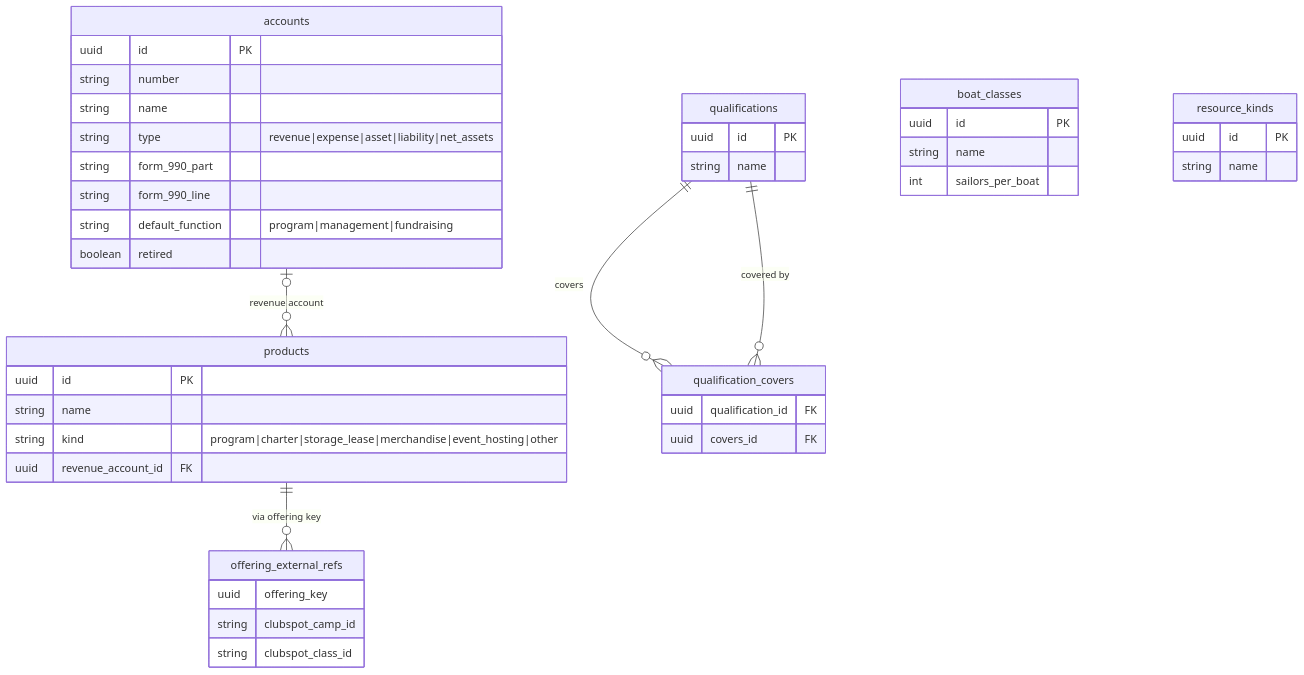
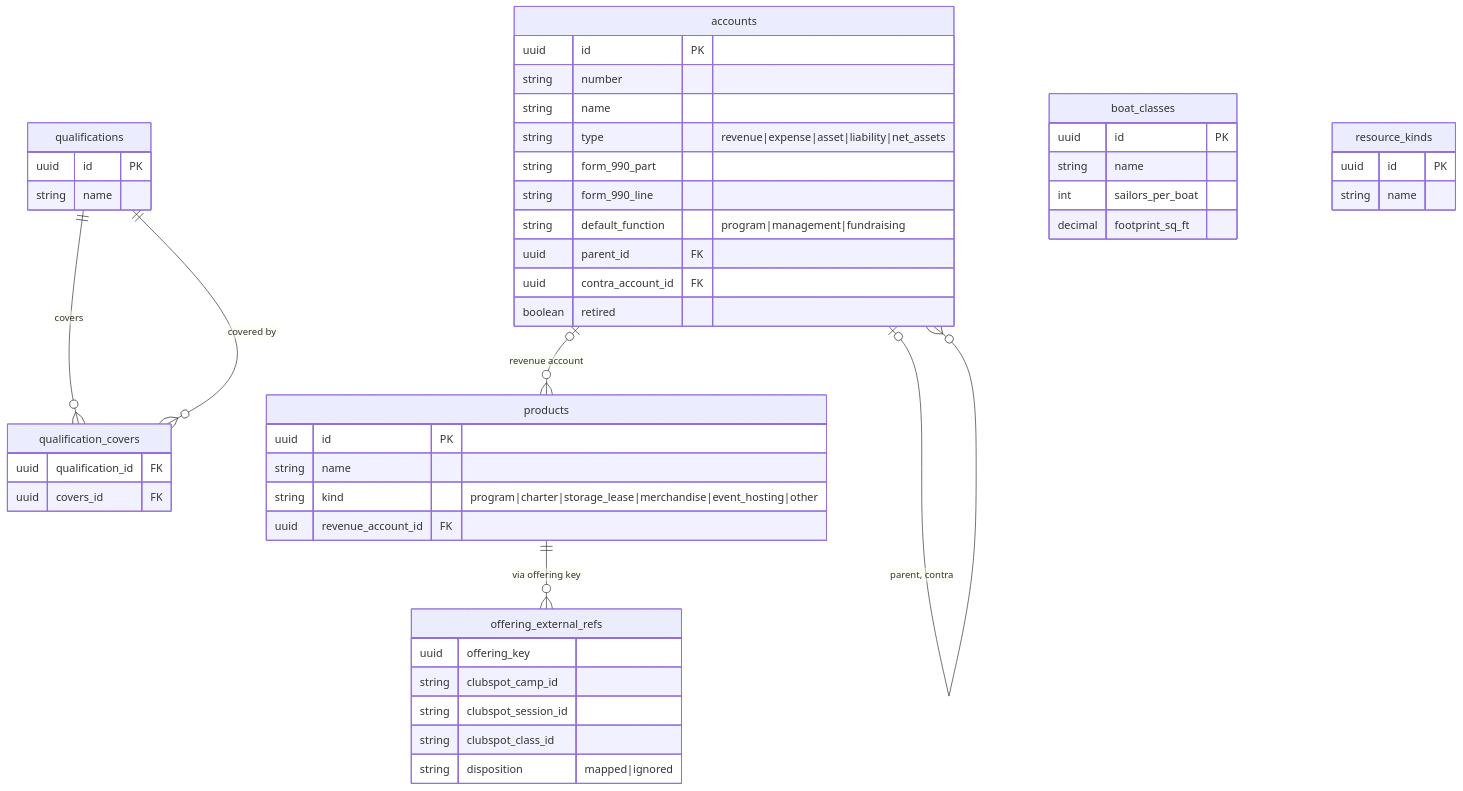
One commit to cyc-seattle/isthmia changed the first of 5 diagrams in docs/planning-schema.md. Above: the diagram before and after it, drawn with Mermaid. The commit also changed other lines of this file, not shown here.

Commit message:
docs: extend the planning schema for spreadsheet and project-two gaps

````diff
--- a/docs/planning-schema.md
+++ b/docs/planning-schema.md
@@ -34,46 +35,52 @@
 ```mermaid
 erDiagram
     products ||--o{ offering_external_refs : "via offering key"
     accounts |o--o{ products : "revenue account"
     qualifications ||--o{ qualification_covers : covers
     qualifications ||--o{ qualification_covers : "covered by"
+    accounts |o--o{ accounts : "parent, contra"
 
     products {
         uuid id PK
         string name
         string kind "program|charter|storage_lease|merchandise|event_hosting|other"
         uuid revenue_account_id FK
     }
     accounts {
         uuid id PK
         string number
         string name
         string type "revenue|expense|asset|liability|net_assets"
         string form_990_part
         string form_990_line
         string default_function "program|management|fundraising"
+        uuid parent_id FK
+        uuid contra_account_id FK
         boolean retired
     }
     qualifications {
         uuid id PK
         string name
     }
     qualification_covers {
         uuid qualification_id FK
         uuid covers_id FK
     }
     boat_classes {
         uuid id PK
         string name
         int sailors_per_boat
+        decimal footprint_sq_ft
     }
     resource_kinds {
         uuid id PK
         string name
     }
     offering_external_refs {
         uuid offering_key
         string clubspot_camp_id
+        string clubspot_session_id
         string clubspot_class_id
+        string disposition "mapped|ignored"
     }
 ```
````
